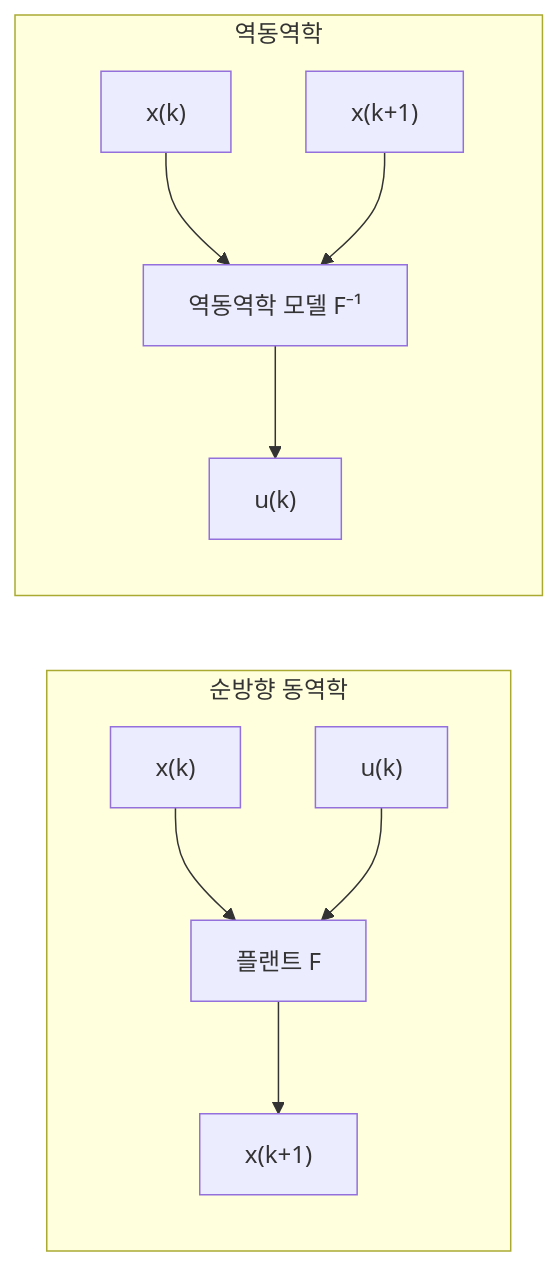
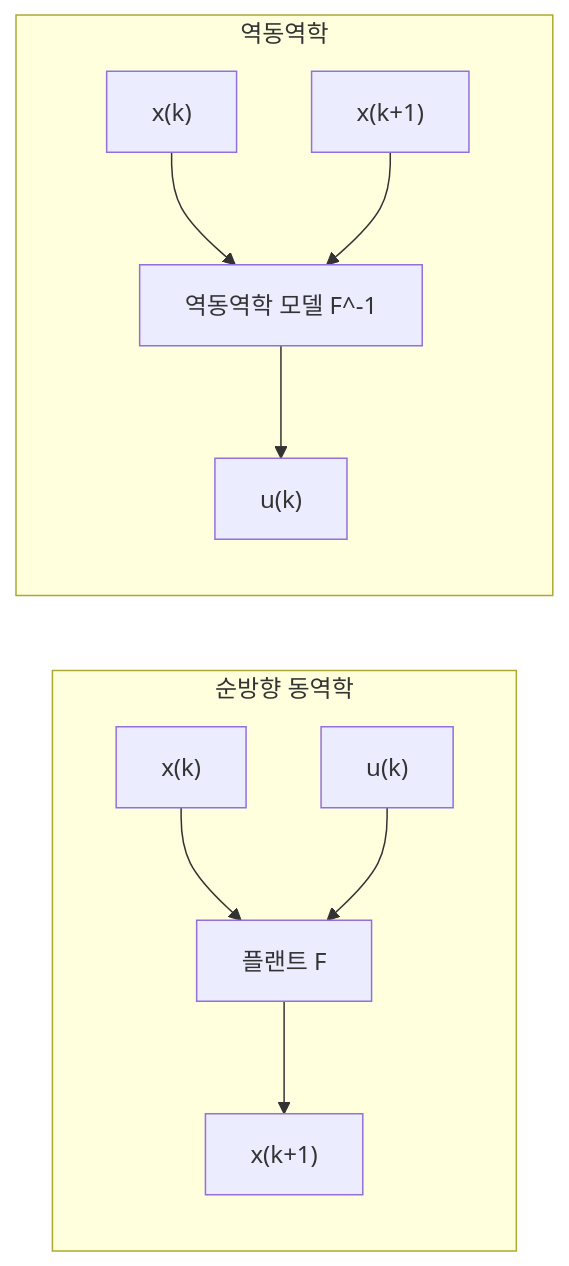
One commit to Choroning/25Fall_Neural-Network-Control-Systems changed the seventh of 12 diagrams in Lecture-Notes/Week14_Neural-Network-Based-Control-Systems/Concepts_Lecture.ko.md. Above: the diagram before and after it, drawn with Mermaid. The commit also changed other lines of this file and 25 other files, not shown here.

````diff
--- a/Lecture-Notes/Week14_Neural-Network-Based-Control-Systems/Concepts_Lecture.ko.md
+++ b/Lecture-Notes/Week14_Neural-Network-Based-Control-Systems/Concepts_Lecture.ko.md
@@ -391,13 +391,13 @@
 ```mermaid
 flowchart LR
     subgraph FWD["순방향 동역학"]
         X1["x(k)"] --> F["플랜트 F"]
         U1["u(k)"] --> F
         F --> X2["x(k+1)"]
     end
     subgraph INV["역동역학"]
-        X3["x(k)"] --> G["역동역학 모델 F⁻¹"]
+        X3["x(k)"] --> G["역동역학 모델 F^-1"]
         X4["x(k+1)"] --> G
         G --> U2["u(k)"]
     end
 ```
````
